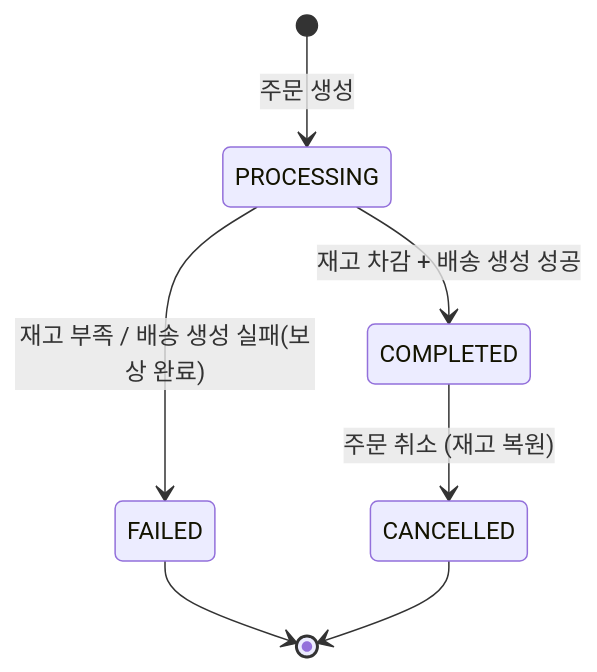
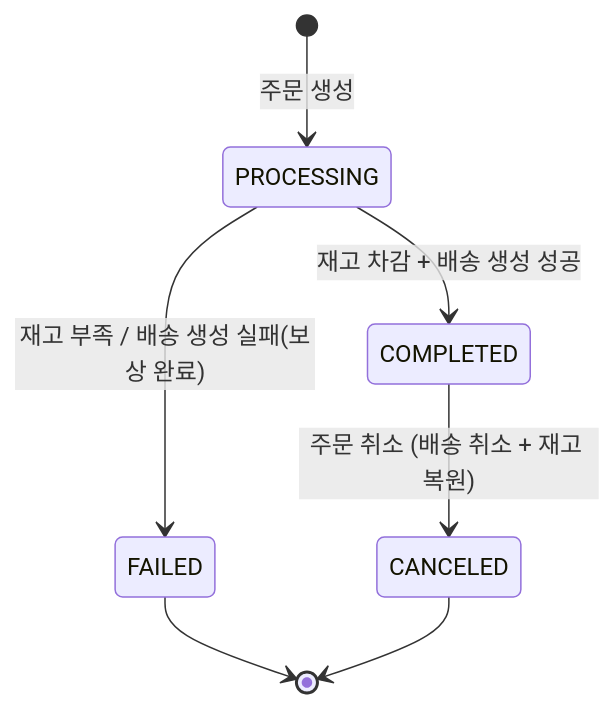
The first of 3 diagrams in docs/design/07 서비스 정책.md (01Commit10/sparta-logistics), drawn with Mermaid before and after one commit. The commit also changed other lines of this file and 9 other files, not shown here.

````diff
--- a/docs/design/07 서비스 정책.md
+++ b/docs/design/07 서비스 정책.md
@@ -219,9 +219,9 @@
 ```mermaid
 stateDiagram-v2
     [*] --> PROCESSING : 주문 생성
     PROCESSING --> COMPLETED : 재고 차감 + 배송 생성 성공
     PROCESSING --> FAILED : 재고 부족 / 배송 생성 실패(보상 완료)
-    COMPLETED --> CANCELLED : 주문 취소 (재고 복원)
+    COMPLETED --> CANCELED : 주문 취소 (배송 취소 + 재고 복원)
     FAILED --> [*]
-    CANCELLED --> [*]
+    CANCELED --> [*]
 ```
````
